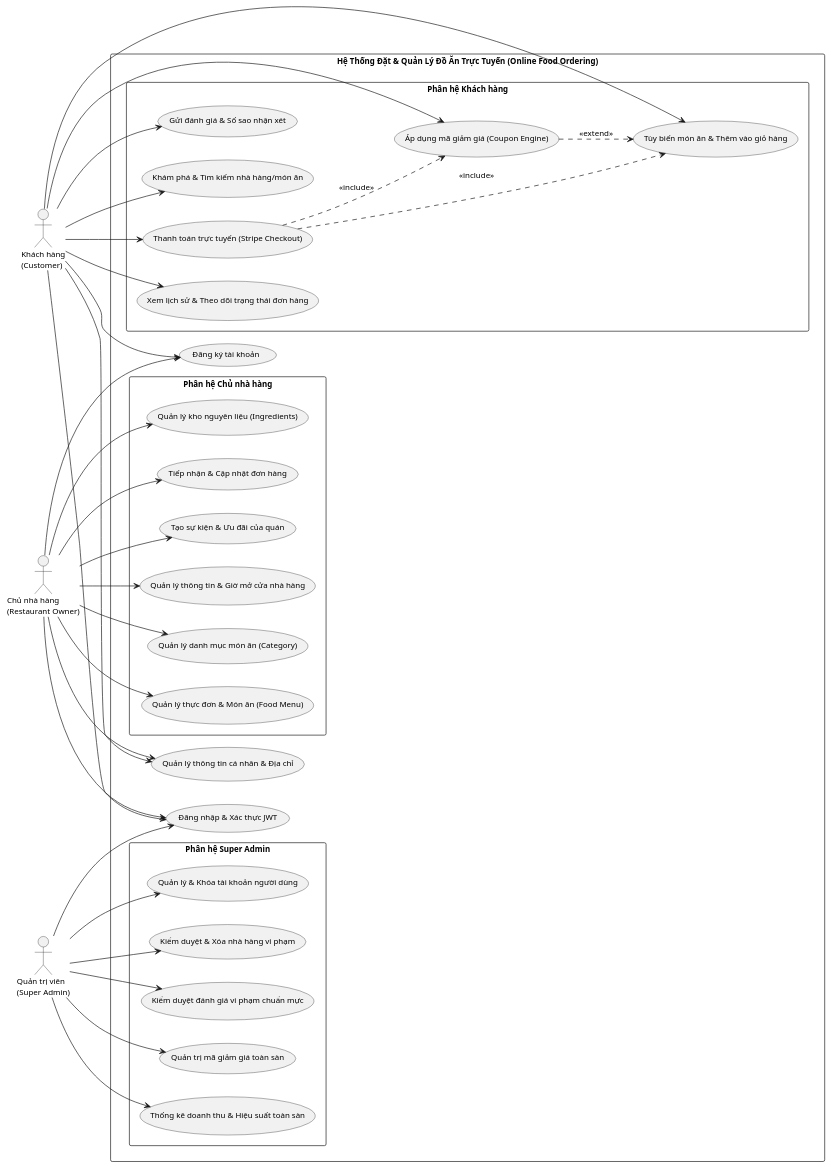
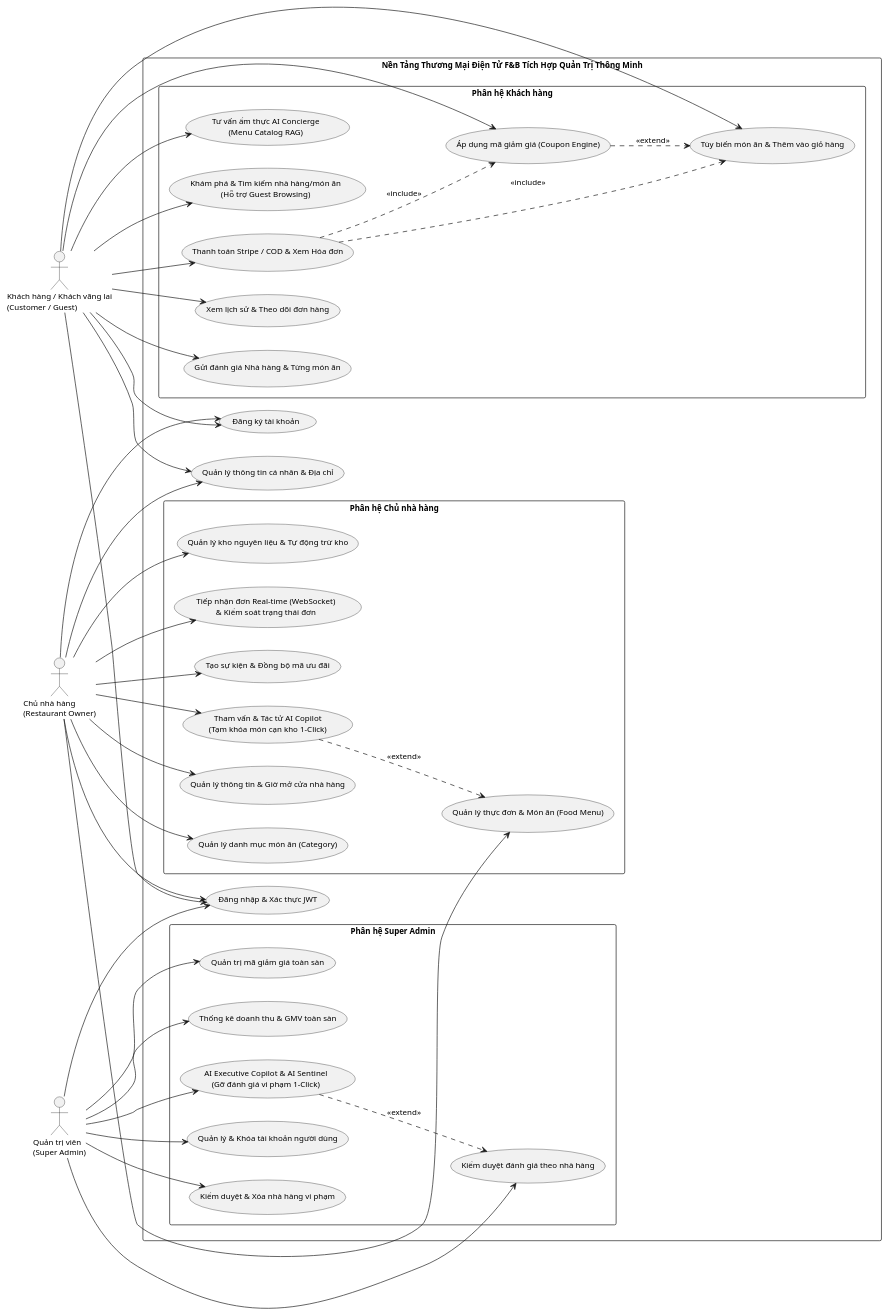
One commit to lequocanh1401/Online-Food-Ordering changed the diagram in uet-graduation-thesis/figures/fig_usecase_general.puml. Above: the diagram before and after it, drawn with PlantUML. The commit also changed 22 other files, not shown here.

Commit message:
docs(thesis): dong bo toan bo bao cao, so do UML/ERD va anh chup giao dien thuc te voi phien ban he thong moi nhat

```diff
--- a/uet-graduation-thesis/figures/fig_usecase_general.puml
+++ b/uet-graduation-thesis/figures/fig_usecase_general.puml
@@ -1,82 +1,90 @@
 @startuml
 left to right direction
 skinparam packageStyle rectangle
 skinparam shadowing false
 skinparam defaultFontName "Segoe UI"
 skinparam DefaultFontSize 12
 
-actor "Khách hàng\n(Customer)" as customer
+actor "Khách hàng / Khách vãng lai\n(Customer / Guest)" as customer
 actor "Chủ nhà hàng\n(Restaurant Owner)" as owner
 actor "Quản trị viên\n(Super Admin)" as admin
 
-rectangle "Hệ Thống Đặt & Quản Lý Đồ Ăn Trực Tuyến (Online Food Ordering)" {
+rectangle "Nền Tảng Thương Mại Điện Tử F&B Tích Hợp Quản Trị Thông Minh" {
     ' Nhóm xác thực
     usecase "Đăng ký tài khoản" as UC_Register
     usecase "Đăng nhập & Xác thực JWT" as UC_Login
     usecase "Quản lý thông tin cá nhân & Địa chỉ" as UC_Profile
 
     ' Phân hệ Khách hàng
     package "Phân hệ Khách hàng" {
-        usecase "Khám phá & Tìm kiếm nhà hàng/món ăn" as UC_Search
+        usecase "Khám phá & Tìm kiếm nhà hàng/món ăn\n(Hỗ trợ Guest Browsing)" as UC_Search
         usecase "Tùy biến món ăn & Thêm vào giỏ hàng" as UC_Cart
         usecase "Áp dụng mã giảm giá (Coupon Engine)" as UC_ApplyCoupon
-        usecase "Thanh toán trực tuyến (Stripe Checkout)" as UC_Payment
-        usecase "Xem lịch sử & Theo dõi trạng thái đơn hàng" as UC_TrackOrder
-        usecase "Gửi đánh giá & Số sao nhận xét" as UC_Review
+        usecase "Thanh toán Stripe / COD & Xem Hóa đơn" as UC_Payment
+        usecase "Xem lịch sử & Theo dõi đơn hàng" as UC_TrackOrder
+        usecase "Gửi đánh giá Nhà hàng & Từng món ăn" as UC_Review
+        usecase "Tư vấn ẩm thực AI Concierge\n(Menu Catalog RAG)" as UC_ChatbotRAG
     }
 
     ' Phân hệ Chủ nhà hàng
     package "Phân hệ Chủ nhà hàng" {
         usecase "Quản lý thông tin & Giờ mở cửa nhà hàng" as UC_ManageRest
         usecase "Quản lý danh mục món ăn (Category)" as UC_ManageCategory
         usecase "Quản lý thực đơn & Món ăn (Food Menu)" as UC_ManageFood
-        usecase "Quản lý kho nguyên liệu (Ingredients)" as UC_ManageIngredients
-        usecase "Tiếp nhận & Cập nhật đơn hàng" as UC_ManageOrder
-        usecase "Tạo sự kiện & Ưu đãi của quán" as UC_ManageEvents
+        usecase "Quản lý kho nguyên liệu & Tự động trừ kho" as UC_ManageIngredients
+        usecase "Tiếp nhận đơn Real-time (WebSocket)\n& Kiểm soát trạng thái đơn" as UC_ManageOrder
+        usecase "Tạo sự kiện & Đồng bộ mã ưu đãi" as UC_ManageEvents
+        usecase "Tham vấn & Tác tử AI Copilot\n(Tạm khóa món cạn kho 1-Click)" as UC_OwnerCopilot
     }
 
     ' Phân hệ Super Admin
     package "Phân hệ Super Admin" {
         usecase "Quản lý & Khóa tài khoản người dùng" as UC_AdminUsers
         usecase "Kiểm duyệt & Xóa nhà hàng vi phạm" as UC_AdminRest
-        usecase "Kiểm duyệt đánh giá vi phạm chuẩn mực" as UC_AdminReview
+        usecase "Kiểm duyệt đánh giá theo nhà hàng" as UC_AdminReview
         usecase "Quản trị mã giảm giá toàn sàn" as UC_AdminCoupon
-        usecase "Thống kê doanh thu & Hiệu suất toàn sàn" as UC_AdminStats
+        usecase "Thống kê doanh thu & GMV toàn sàn" as UC_AdminStats
+        usecase "AI Executive Copilot & AI Sentinel\n(Gỡ đánh giá vi phạm 1-Click)" as UC_AdminCopilot
     }
 }
 
 ' Quan hệ Khách hàng
 customer --> UC_Register
 customer --> UC_Login
 customer --> UC_Profile
 customer --> UC_Search
 customer --> UC_Cart
 customer --> UC_ApplyCoupon
 customer --> UC_Payment
 customer --> UC_TrackOrder
 customer --> UC_Review
+customer --> UC_ChatbotRAG
 
 ' Quan hệ Chủ nhà hàng
 owner --> UC_Register
 owner --> UC_Login
 owner --> UC_Profile
 owner --> UC_ManageRest
 owner --> UC_ManageCategory
 owner --> UC_ManageFood
 owner --> UC_ManageIngredients
 owner --> UC_ManageOrder
 owner --> UC_ManageEvents
+owner --> UC_OwnerCopilot
 
 ' Quan hệ Super Admin
 admin --> UC_Login
 admin --> UC_AdminUsers
 admin --> UC_AdminRest
 admin --> UC_AdminReview
 admin --> UC_AdminCoupon
 admin --> UC_AdminStats
+admin --> UC_AdminCopilot
 
 ' Mở rộng / Include
 UC_Payment ..> UC_Cart : <<include>>
 UC_ApplyCoupon ..> UC_Cart : <<extend>>
 UC_Payment ..> UC_ApplyCoupon : <<include>>
+UC_OwnerCopilot ..> UC_ManageFood : <<extend>>
+UC_AdminCopilot ..> UC_AdminReview : <<extend>>
 @enduml
```
